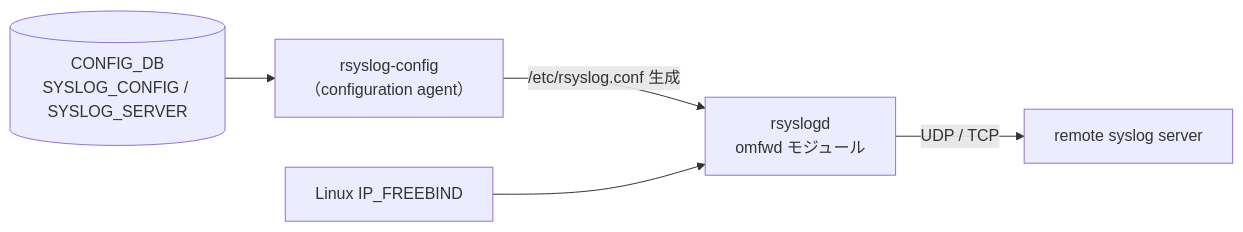
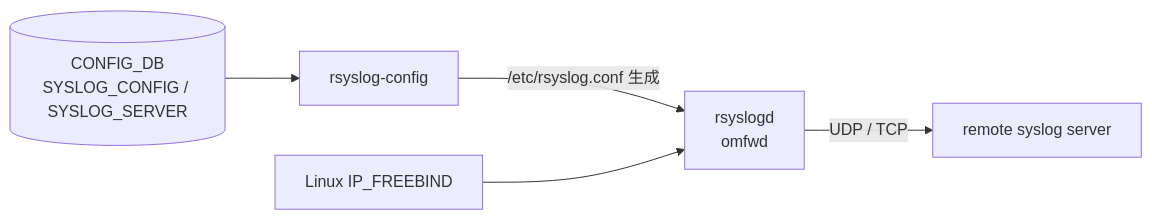
One commit to aoki-taquan/sonic-unofficial-docs changed the first of 2 diagrams in docs/system/sonic-syslog-source-ip.md. Above: the diagram before and after it, drawn with Mermaid. The commit also changed other lines of this file and 7 other files, not shown here.

````diff
--- a/docs/system/sonic-syslog-source-ip.md
+++ b/docs/system/sonic-syslog-source-ip.md
@@ -41,7 +39,7 @@
 ```mermaid
 flowchart LR
-    USER[(CONFIG_DB\nSYSLOG_CONFIG / SYSLOG_SERVER)] --> AGENT[rsyslog-config\n（configuration agent）]
-    AGENT -->|/etc/rsyslog.conf 生成| RSYSLOG[rsyslogd\nomfwd モジュール]
+    USER[(CONFIG_DB<br/>SYSLOG_CONFIG / SYSLOG_SERVER)] --> AGENT[rsyslog-config]
+    AGENT -->|/etc/rsyslog.conf 生成| RSYSLOG[rsyslogd<br/>omfwd]
     RSYSLOG -->|UDP / TCP| SRV[remote syslog server]
     KERN[Linux IP_FREEBIND] --> RSYSLOG
 ```
````
